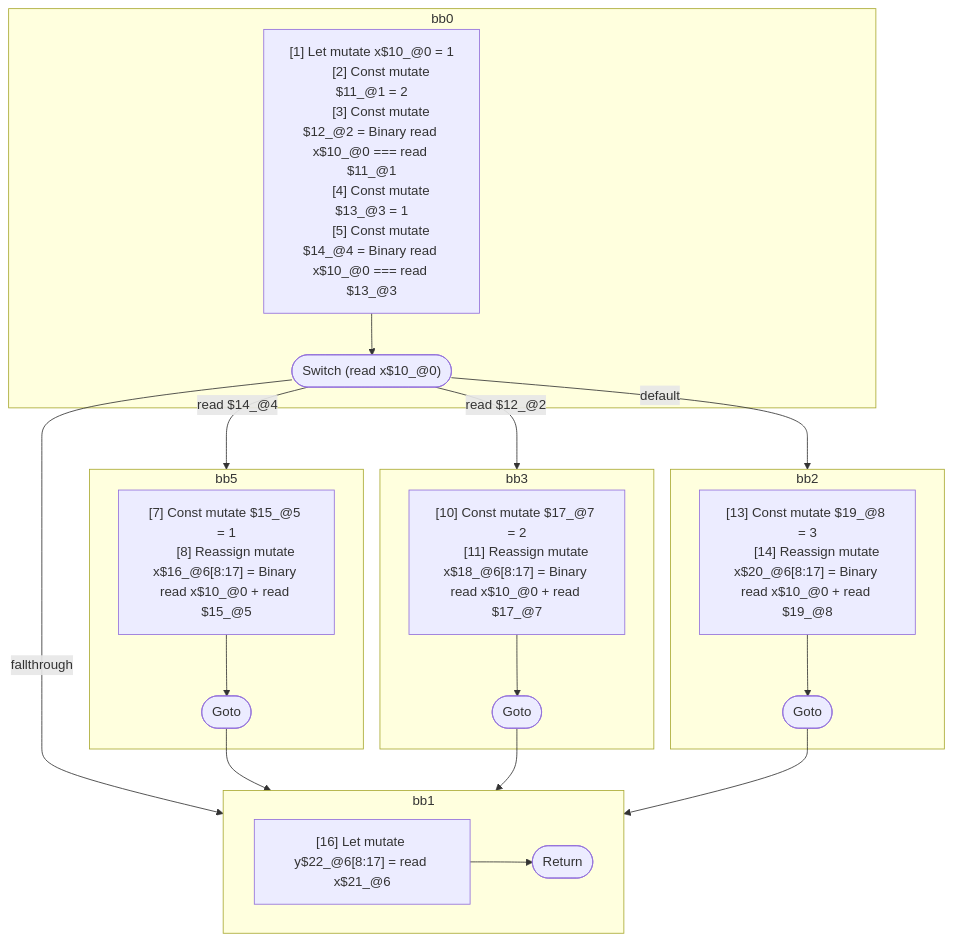
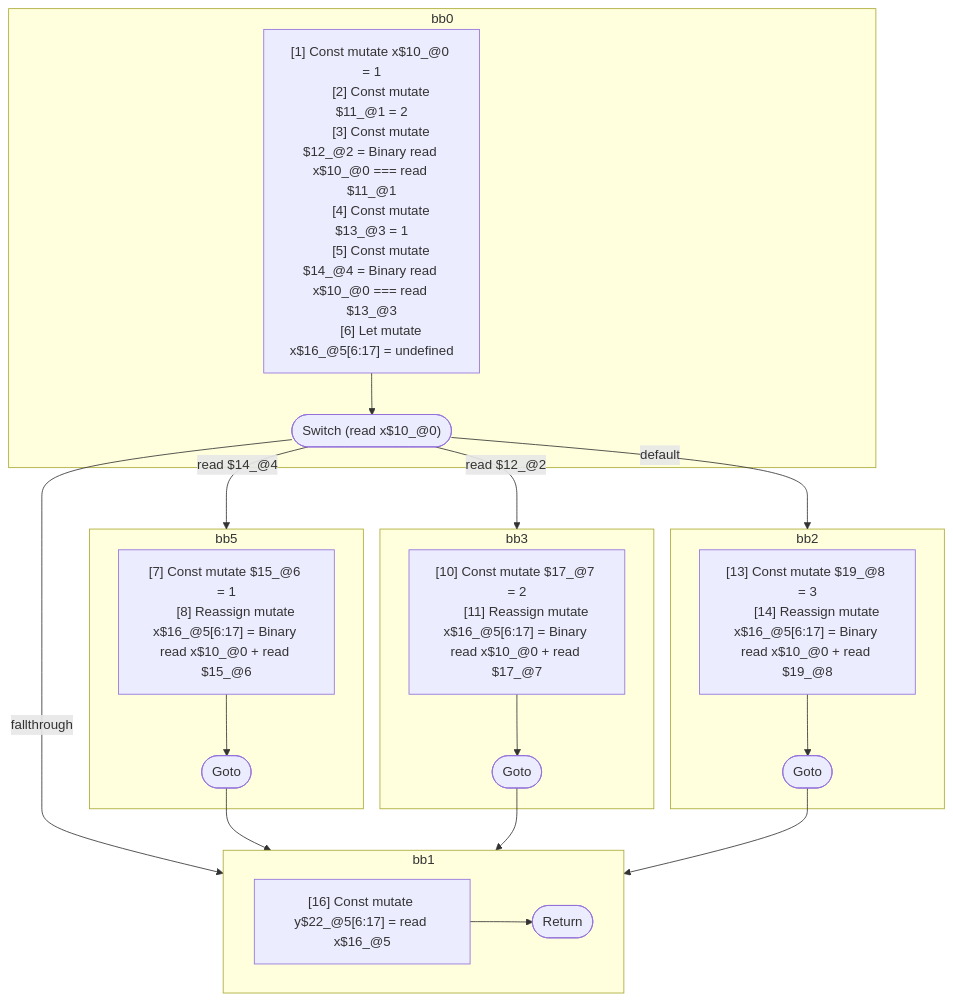
The diagram in compiler/forget/src/__tests__/fixtures/hir/ssa-switch.expect.md (wutsmog/private), drawn with Mermaid before and after one commit. The commit also changed other lines of this file and 61 other files, not shown here.

````diff
--- a/compiler/forget/src/__tests__/fixtures/hir/ssa-switch.expect.md
+++ b/compiler/forget/src/__tests__/fixtures/hir/ssa-switch.expect.md
@@ -78,51 +79,52 @@
 ```mermaid
 flowchart TB
   %% Basic Blocks
   subgraph bb0
     bb0_instrs["
-      [1] Let mutate x$10_@0 = 1
+      [1] Const mutate x$10_@0 = 1
       [2] Const mutate $11_@1 = 2
       [3] Const mutate $12_@2 = Binary read x$10_@0 === read $11_@1
       [4] Const mutate $13_@3 = 1
       [5] Const mutate $14_@4 = Binary read x$10_@0 === read $13_@3
+      [6] Let mutate x$16_@5[6:17] = undefined
     "]
     bb0_instrs --> bb0_terminal(["Switch (read x$10_@0)"])
   end
   subgraph bb5
     bb5_instrs["
-      [7] Const mutate $15_@5 = 1
-      [8] Reassign mutate x$16_@6[8:17] = Binary read x$10_@0 + read $15_@5
+      [7] Const mutate $15_@6 = 1
+      [8] Reassign mutate x$16_@5[6:17] = Binary read x$10_@0 + read $15_@6
     "]
     bb5_instrs --> bb5_terminal(["Goto"])
   end
   subgraph bb3
     bb3_instrs["
       [10] Const mutate $17_@7 = 2
-      [11] Reassign mutate x$18_@6[8:17] = Binary read x$10_@0 + read $17_@7
+      [11] Reassign mutate x$16_@5[6:17] = Binary read x$10_@0 + read $17_@7
     "]
     bb3_instrs --> bb3_terminal(["Goto"])
   end
   subgraph bb2
     bb2_instrs["
       [13] Const mutate $19_@8 = 3
-      [14] Reassign mutate x$20_@6[8:17] = Binary read x$10_@0 + read $19_@8
+      [14] Reassign mutate x$16_@5[6:17] = Binary read x$10_@0 + read $19_@8
     "]
     bb2_instrs --> bb2_terminal(["Goto"])
   end
   subgraph bb1
     bb1_instrs["
-      [16] Let mutate y$22_@6[8:17] = read x$21_@6
+      [16] Const mutate y$22_@5[6:17] = read x$16_@5
     "]
     bb1_instrs --> bb1_terminal(["Return"])
   end
 
   %% Jumps
   bb0_terminal -- "read $14_@4" --> bb5
   bb0_terminal -- "read $12_@2" --> bb3
   bb0_terminal -- "default" --> bb2
   bb0_terminal -- "fallthrough" --> bb1
   bb5_terminal --> bb1
   bb3_terminal --> bb1
   bb2_terminal --> bb1
 
 ```
````
